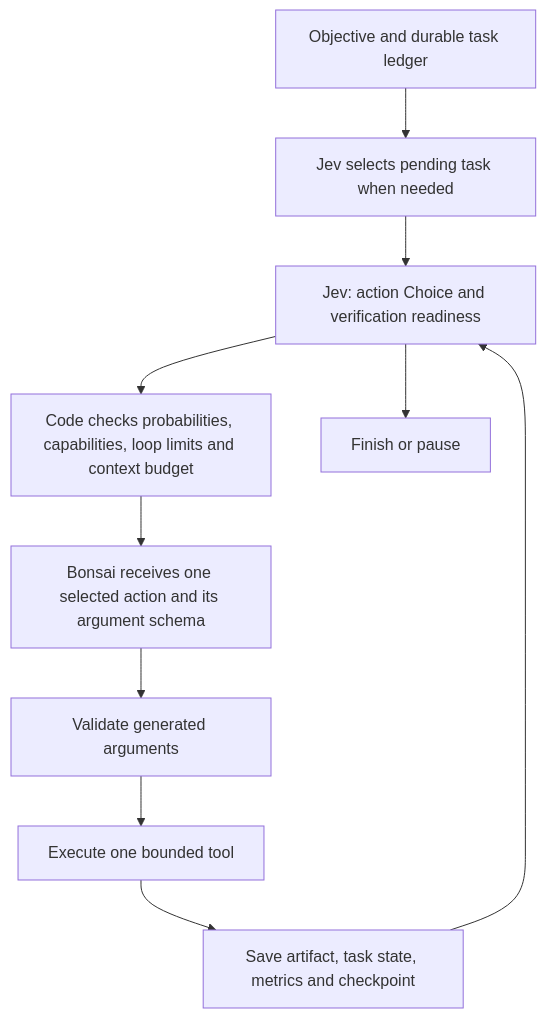
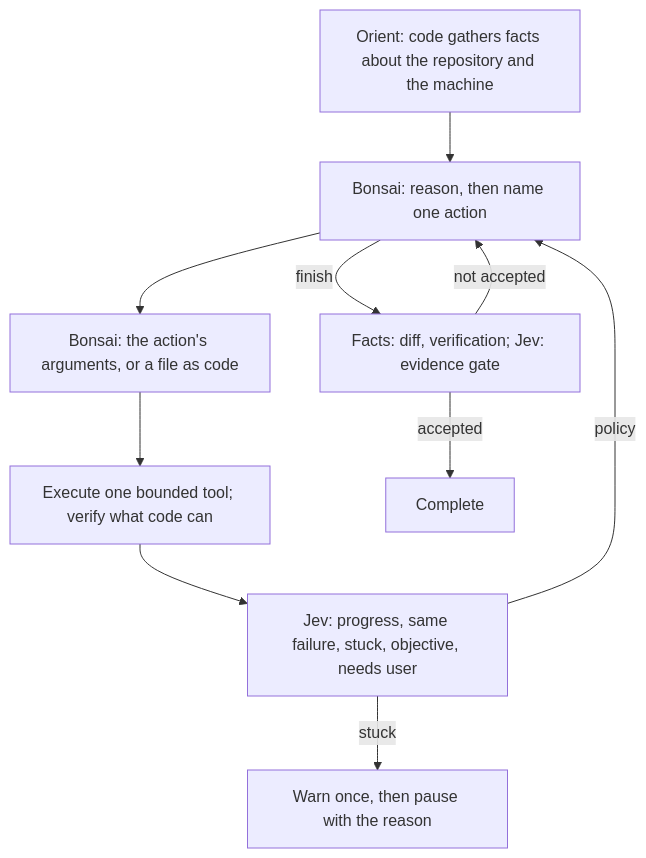
One commit to IvanCaceres/leana changed the diagram in README.md. Above: the diagram before and after it, drawn with Mermaid. The commit also changed other lines of this file and 17 other files, not shown here.

````diff
--- a/README.md
+++ b/README.md
@@ -40,12 +40,12 @@
 ```mermaid
 flowchart TD
-    A[Objective and durable task ledger] --> B[Jev selects pending task when needed]
-    B --> C[Jev: action Choice and verification readiness]
-    C --> D[Code checks probabilities, capabilities, loop limits and context budget]
-    D --> E[Bonsai receives one selected action and its argument schema]
-    E --> F[Validate generated arguments]
-    F --> G[Execute one bounded tool]
-    G --> H[Save artifact, task state, metrics and checkpoint]
-    H --> C
-    C --> I[Finish or pause]
+    O[Orient: code gathers facts about the repository and the machine] --> R[Bonsai: reason, then name one action]
+    R --> A[Bonsai: the action's arguments, or a file as code]
+    A --> X[Execute one bounded tool; verify what code can]
+    X --> W[Jev: progress, same failure, stuck, objective, needs user]
+    W -->|policy| R
+    W -->|stuck| S[Warn once, then pause with the reason]
+    R -->|finish| G[Facts: diff, verification; Jev: evidence gate]
+    G -->|accepted| C[Complete]
+    G -->|not accepted| R
 ```
````
